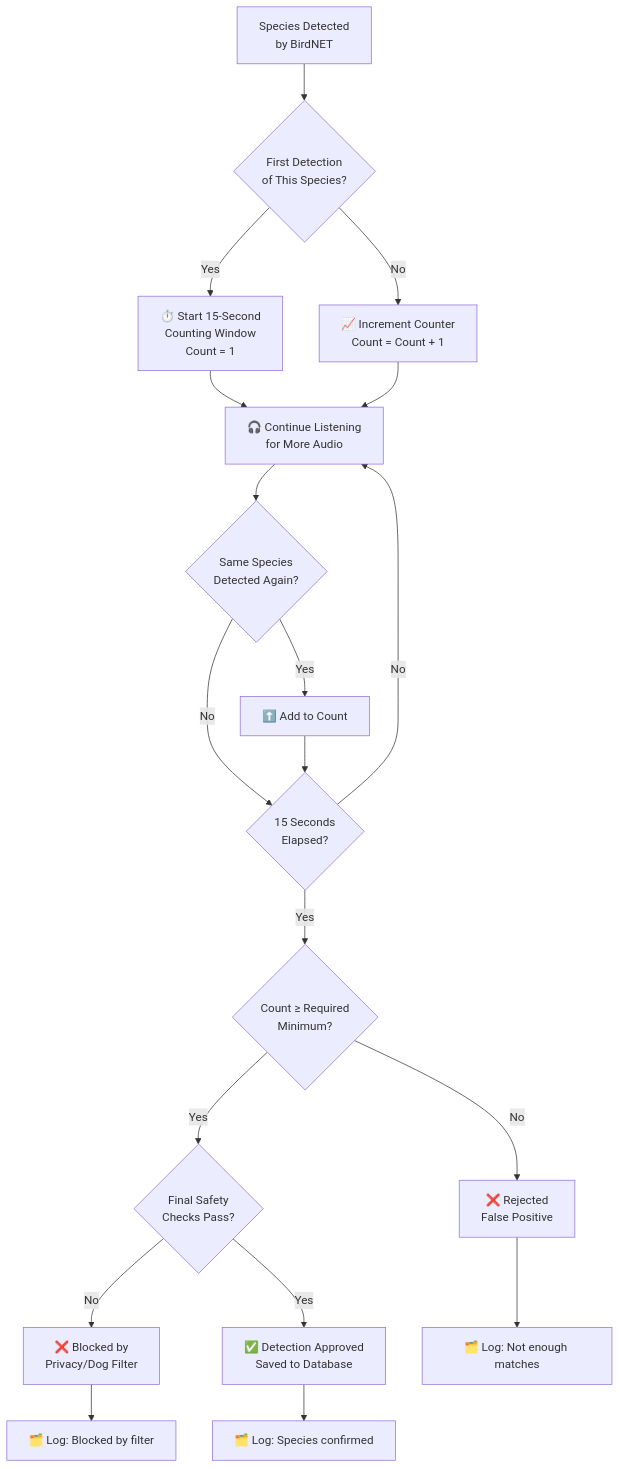
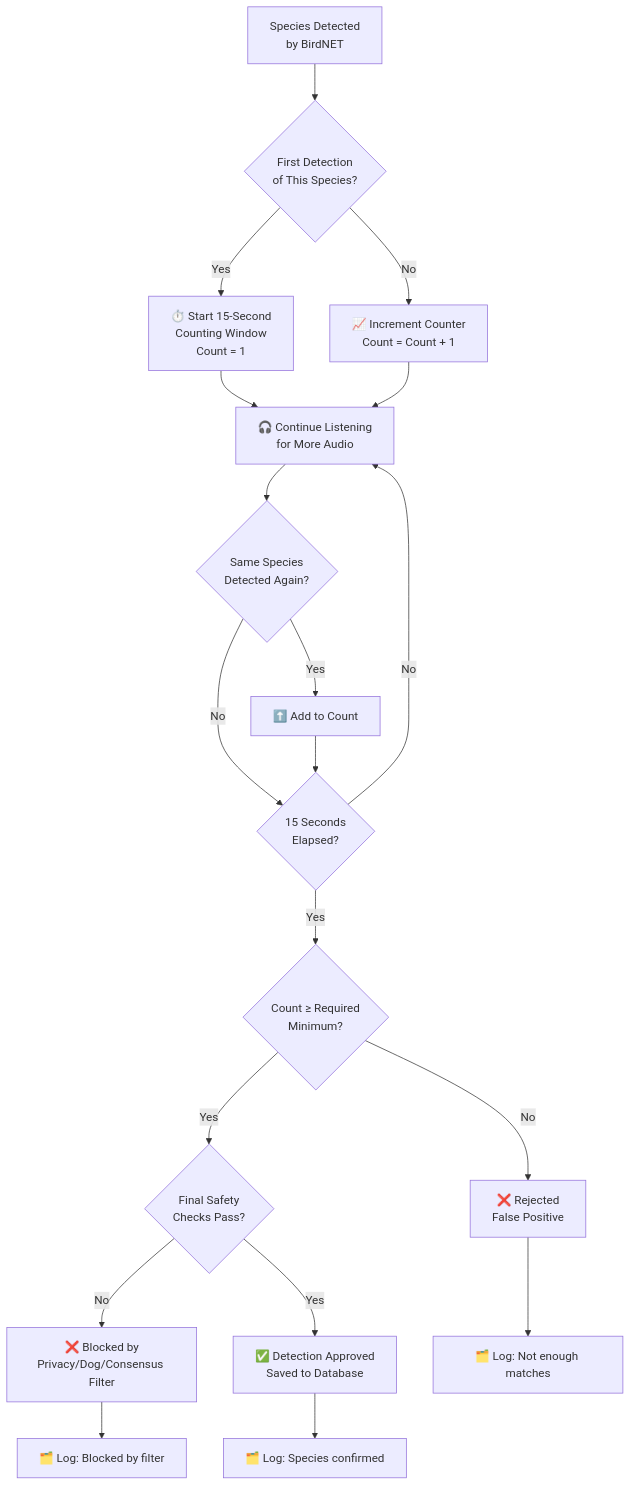
Before and after one commit to tphakala/birdnet-go: the third of 3 diagrams in doc/wiki/guide.md, drawn with Mermaid. The commit also changed other lines of this file and 1 other file, not shown here.

First line of the commit message:
docs: describe the model consensus filter

````diff
--- a/doc/wiki/guide.md
+++ b/doc/wiki/guide.md
@@ -1527,28 +1551,28 @@
 ```mermaid
 graph TD
     A[Species Detected<br/>by BirdNET] --> B{First Detection<br/>of This Species?}
 
     B -->|Yes| C[⏱️ Start 15-Second<br/>Counting Window<br/>Count = 1]
     B -->|No| D[📈 Increment Counter<br/>Count = Count + 1]
 
     C --> E[🎧 Continue Listening<br/>for More Audio]
     D --> E
 
     E --> F{Same Species<br/>Detected Again?}
     F -->|Yes| G[⬆️ Add to Count]
     F -->|No| H{15 Seconds<br/>Elapsed?}
 
     G --> H
     H -->|No| E
     H -->|Yes| I{Count ≥ Required<br/>Minimum?}
 
     I -->|No| J[❌ Rejected<br/>False Positive]
     I -->|Yes| K{Final Safety<br/>Checks Pass?}
 
-    K -->|No| L[❌ Blocked by<br/>Privacy/Dog Filter]
+    K -->|No| L[❌ Blocked by<br/>Privacy/Dog/Consensus Filter]
     K -->|Yes| M[✅ Detection Approved<br/>Saved to Database]
 
     J --> N[🗂️ Log: Not enough matches]
     L --> O[🗂️ Log: Blocked by filter]
     M --> P[🗂️ Log: Species confirmed]
 ```
````
